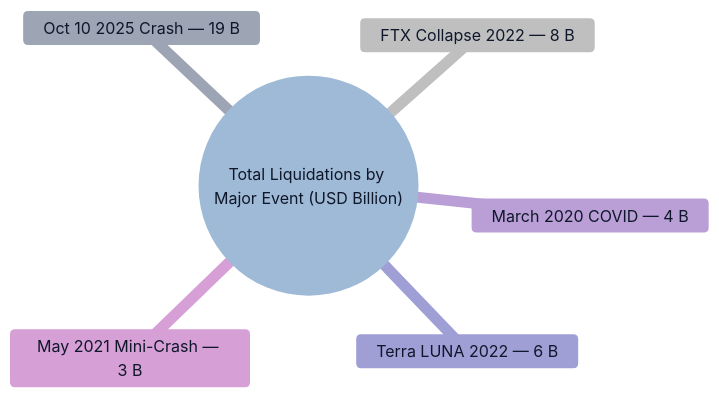
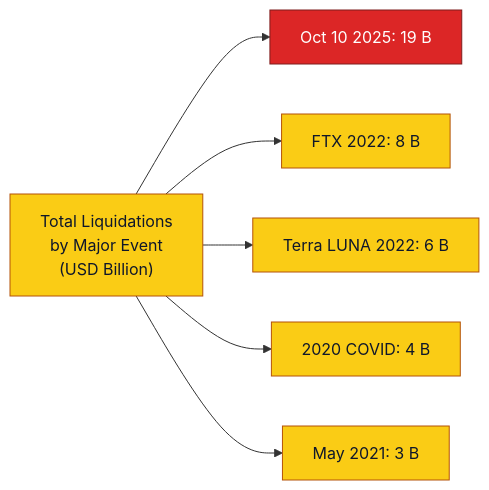
One commit to 2pk03/lucendex changed the third of 3 diagrams in white-paper.md. Above: the diagram before and after it, drawn with Mermaid.

Commit message:
Change liquidation comparison visualization format
Updated visualization of total liquidations by major events using a graph format instead of a mindmap.

````diff
--- a/white-paper.md
+++ b/white-paper.md
@@ -127,20 +127,25 @@
 ```mermaid
-%%{init: {
-  "theme":"base",
-  "themeVariables":{
-    "fontFamily":"Inter, ui-sans-serif, system-ui",
-    "primaryColor":"#f8fafc",        
-    "primaryTextColor":"#0f172a",    
-    "secondaryColor":"#e5e7eb",      
-    "tertiaryColor":"#ffffff",       
-    "lineColor":"#94a3b8"            
-  }
-}}%%
-mindmap
-  root(("Total Liquidations by Major Event (USD Billion)"))
-    Oct 10 2025 Crash — 19 B
-    FTX Collapse 2022 — 8 B
-    Terra LUNA 2022 — 6 B
-    March 2020 COVID — 4 B
-    May 2021 Mini-Crash — 3 B
+graph LR
+  %% Global styles
+  classDef default fill:#facc15,stroke:#b45309,color:#0f172a,stroke-width:1px;  %% yellow nodes
+  classDef hot fill:#dc2626,stroke:#7f1d1d,color:#ffffff,stroke-width:1.5px;    %% fire red node
+
+  %% Nodes
+  A["Total Liquidations<br/>by Major Event<br/>(USD Billion)"]
+  B["Oct 10 2025: 19 B"]
+  C["FTX 2022: 8 B"]
+  D["Terra LUNA 2022: 6 B"]
+  E["2020 COVID: 4 B"]
+  F["May 2021: 3 B"]
+
+  %% Edges (mindmap-like spokes)
+  A --> B
+  A --> C
+  A --> D
+  A --> E
+  A --> F
+
+  %% Highlight the hot node
+  class B hot;
+
 ```
````
